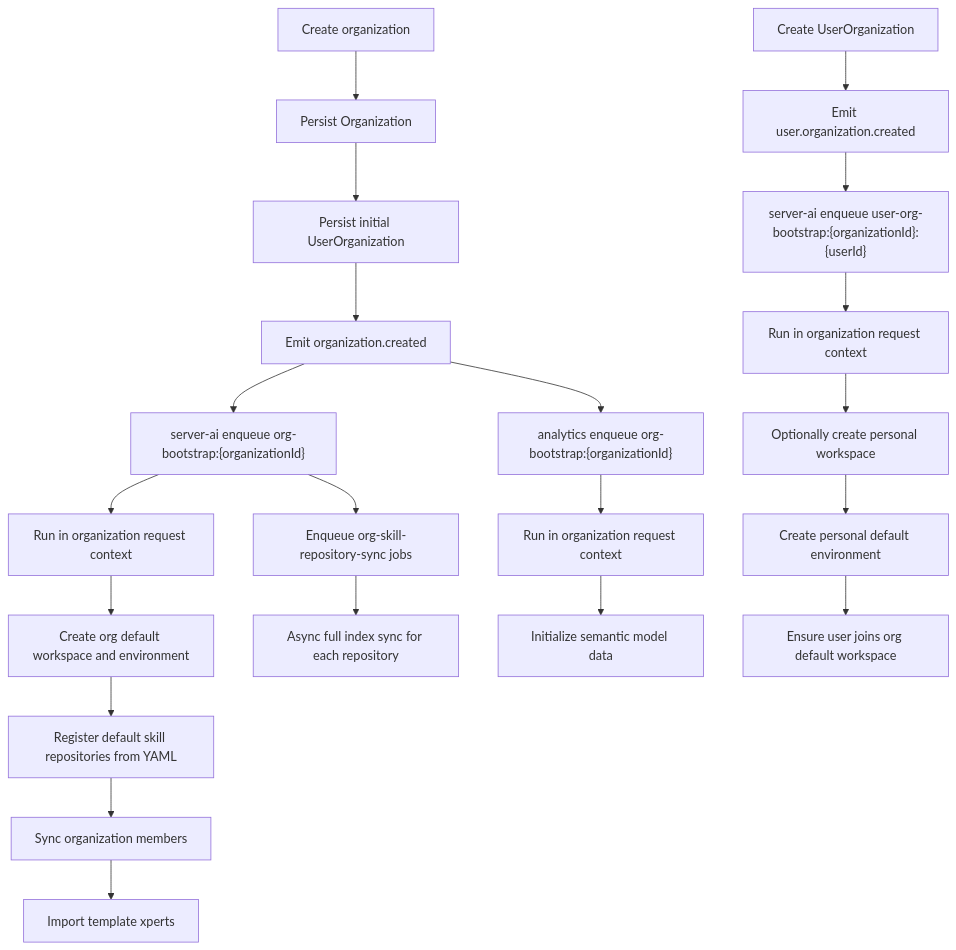
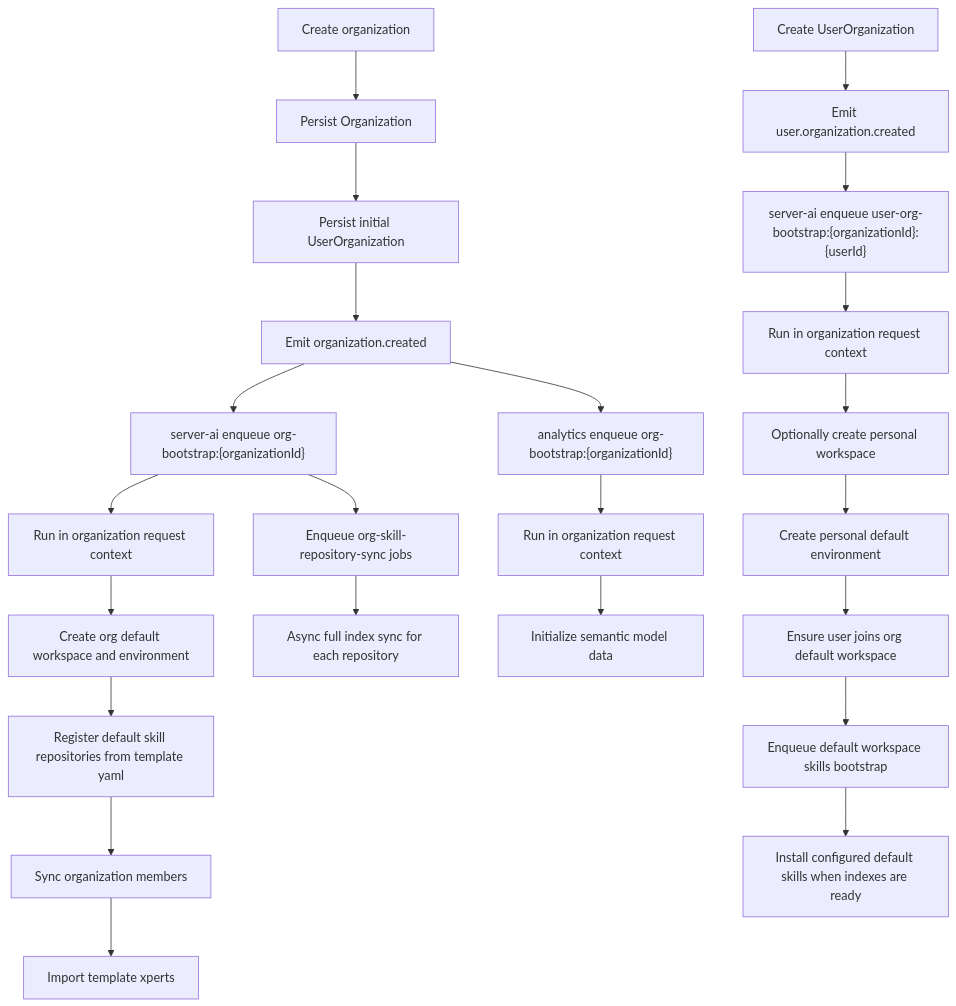
Before and after one commit to xpert-ai/xpert: the diagram in docs/zh-hans/guides/organization-bootstrap.mdx, drawn with Mermaid. The commit also changed other lines of this file and 19 other files, not shown here.

````diff
--- a/docs/zh-hans/guides/organization-bootstrap.mdx
+++ b/docs/zh-hans/guides/organization-bootstrap.mdx
@@ -114,24 +114,26 @@
 ```mermaid
 flowchart TD
   A["Create organization"] --> B["Persist Organization"]
   B --> C["Persist initial UserOrganization"]
   C --> D["Emit organization.created"]
   D --> E["server-ai enqueue org-bootstrap:{organizationId}"]
   D --> F["analytics enqueue org-bootstrap:{organizationId}"]
   E --> G["Run in organization request context"]
   F --> H["Run in organization request context"]
   G --> I["Create org default workspace and environment"]
-  I --> J["Register default skill repositories from YAML"]
+  I --> J["Register default skill repositories from template yaml"]
   J --> K["Sync organization members"]
   K --> L["Import template xperts"]
   E --> M["Enqueue org-skill-repository-sync jobs"]
   M --> N["Async full index sync for each repository"]
   H --> O["Initialize semantic model data"]
 
   P["Create UserOrganization"] --> Q["Emit user.organization.created"]
   Q --> R["server-ai enqueue user-org-bootstrap:{organizationId}:{userId}"]
   R --> S["Run in organization request context"]
   S --> T["Optionally create personal workspace"]
   T --> U["Create personal default environment"]
   U --> V["Ensure user joins org default workspace"]
+  V --> W["Enqueue default workspace skills bootstrap"]
+  W --> X["Install configured default skills when indexes are ready"]
 ```
````
